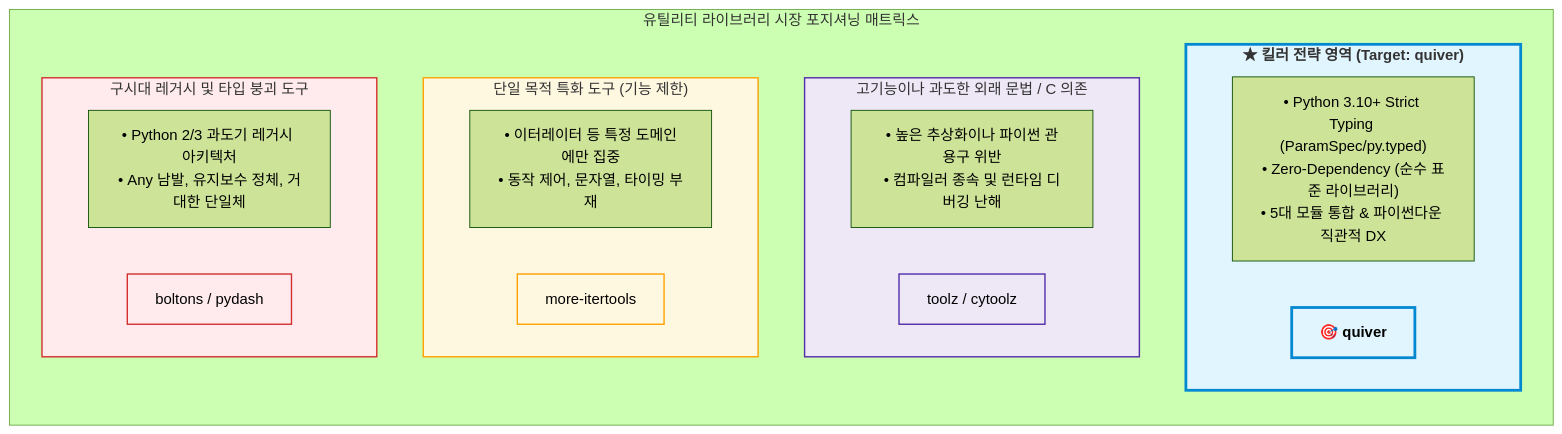
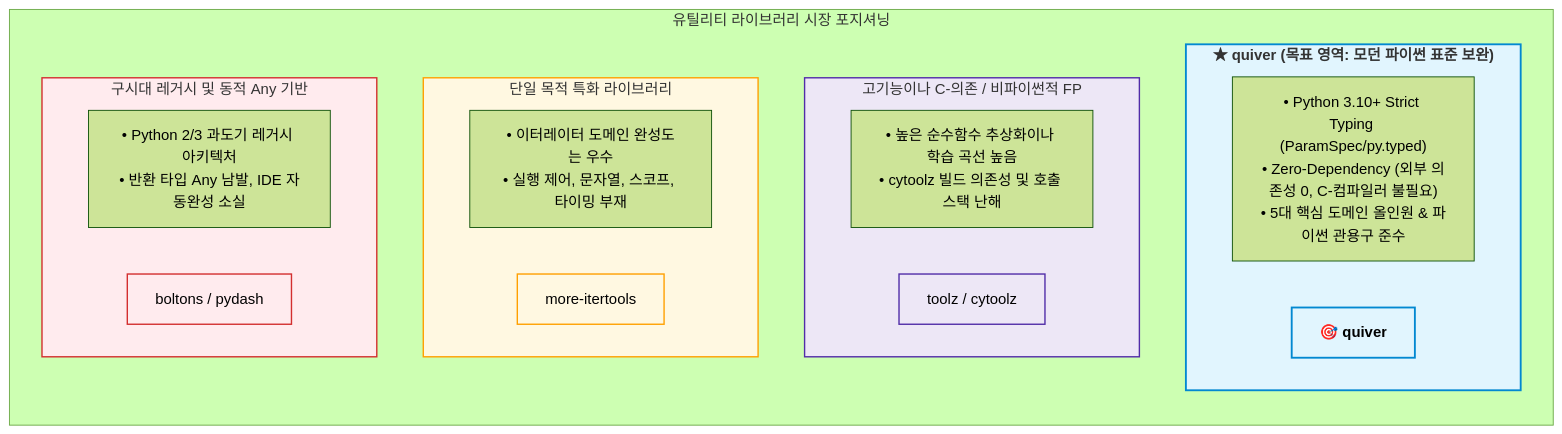
Before and after one commit to ozplayground/python-package: the first of 2 diagrams in docs/quiver/market-analyst/01_MARKET_BENCHMARK.md, drawn with Mermaid (forest theme). The commit also changed other lines of this file and 53 other files, not shown here.

````diff
--- a/docs/quiver/market-analyst/01_MARKET_BENCHMARK.md
+++ b/docs/quiver/market-analyst/01_MARKET_BENCHMARK.md
@@ -140,36 +192,36 @@
 ```mermaid
 flowchart TD
-    subgraph MarketMap ["유틸리티 라이브러리 시장 포지셔닝 매트릭스"]
+    subgraph MarketMatrix ["유틸리티 라이브러리 시장 포지셔닝"]
         direction TB
-        
-        subgraph Quadrant1 ["★ 킬러 전략 영역 (Target: quiver)"]
-            Q1_DESC["• Python 3.10+ Strict Typing (ParamSpec/py.typed)<br/>• Zero-Dependency (순수 표준 라이브러리)<br/>• 5대 모듈 통합 & 파이썬다운 직관적 DX"]
-            Q1_PROD["🎯 quiver"]
+
+        subgraph StrategicTarget ["★ quiver (목표 영역: 모던 파이썬 표준 보완)"]
+            T_DESC["• Python 3.10+ Strict Typing (ParamSpec/py.typed)<br/>• Zero-Dependency (외부 의존성 0, C-컴파일러 불필요)<br/>• 5대 핵심 도메인 올인원 & 파이썬 관용구 준수"]
+            T_PROD["🎯 quiver"]
         end
 
-        subgraph Quadrant2 ["고기능이나 과도한 외래 문법 / C 의존"]
-            Q2_DESC["• 높은 추상화이나 파이썬 관용구 위반<br/>• 컴파일러 종속 및 런타임 디버깅 난해"]
-            Q2_PROD["toolz / cytoolz"]
+        subgraph HighFunctionAlien ["고기능이나 C-의존 / 비파이썬적 FP"]
+            H_DESC["• 높은 순수함수 추상화이나 학습 곡선 높음<br/>• cytoolz 빌드 의존성 및 호출 스택 난해"]
+            H_PROD["toolz / cytoolz"]
         end
 
-        subgraph Quadrant3 ["단일 목적 특화 도구 (기능 제한)"]
-            Q3_DESC["• 이터레이터 등 특정 도메인에만 집중<br/>• 동작 제어, 문자열, 타이밍 부재"]
-            Q3_PROD["more-itertools"]
+        subgraph SingleDomain ["단일 목적 특화 라이브러리"]
+            S_DESC["• 이터레이터 도메인 완성도는 우수<br/>• 실행 제어, 문자열, 스코프, 타이밍 부재"]
+            S_PROD["more-itertools"]
         end
 
-        subgraph Quadrant4 ["구시대 레거시 및 타입 붕괴 도구"]
-            Q4_DESC["• Python 2/3 과도기 레거시 아키텍처<br/>• Any 남발, 유지보수 정체, 거대한 단일체"]
-            Q4_PROD["boltons / pydash"]
+        subgraph LegacyAny ["구시대 레거시 및 동적 Any 기반"]
+            L_DESC["• Python 2/3 과도기 레거시 아키텍처<br/>• 반환 타입 Any 남발, IDE 자동완성 소실"]
+            L_PROD["boltons / pydash"]
         end
     end
 
-    classDef target fill:#e1f5fe,stroke:#0288d1,stroke-width:3px,font-weight:bold;
-    classDef high fill:#ede7f6,stroke:#512da8,stroke-width:1.5px;
+    classDef target fill:#e1f5fe,stroke:#0288d1,stroke-width:2px,font-weight:bold;
+    classDef fp fill:#ede7f6,stroke:#512da8,stroke-width:1.5px;
     classDef single fill:#fff8e1,stroke:#ffa000,stroke-width:1.5px;
     classDef legacy fill:#ffebee,stroke:#d32f2f,stroke-width:1.5px;
 
-    class Q1_PROD,Quadrant1 target;
-    class Q2_PROD,Quadrant2 high;
-    class Q3_PROD,Quadrant3 single;
-    class Q4_PROD,Quadrant4 legacy;
+    class T_PROD,StrategicTarget target;
+    class H_PROD,HighFunctionAlien fp;
+    class S_PROD,SingleDomain single;
+    class L_PROD,LegacyAny legacy;
 ```
````
